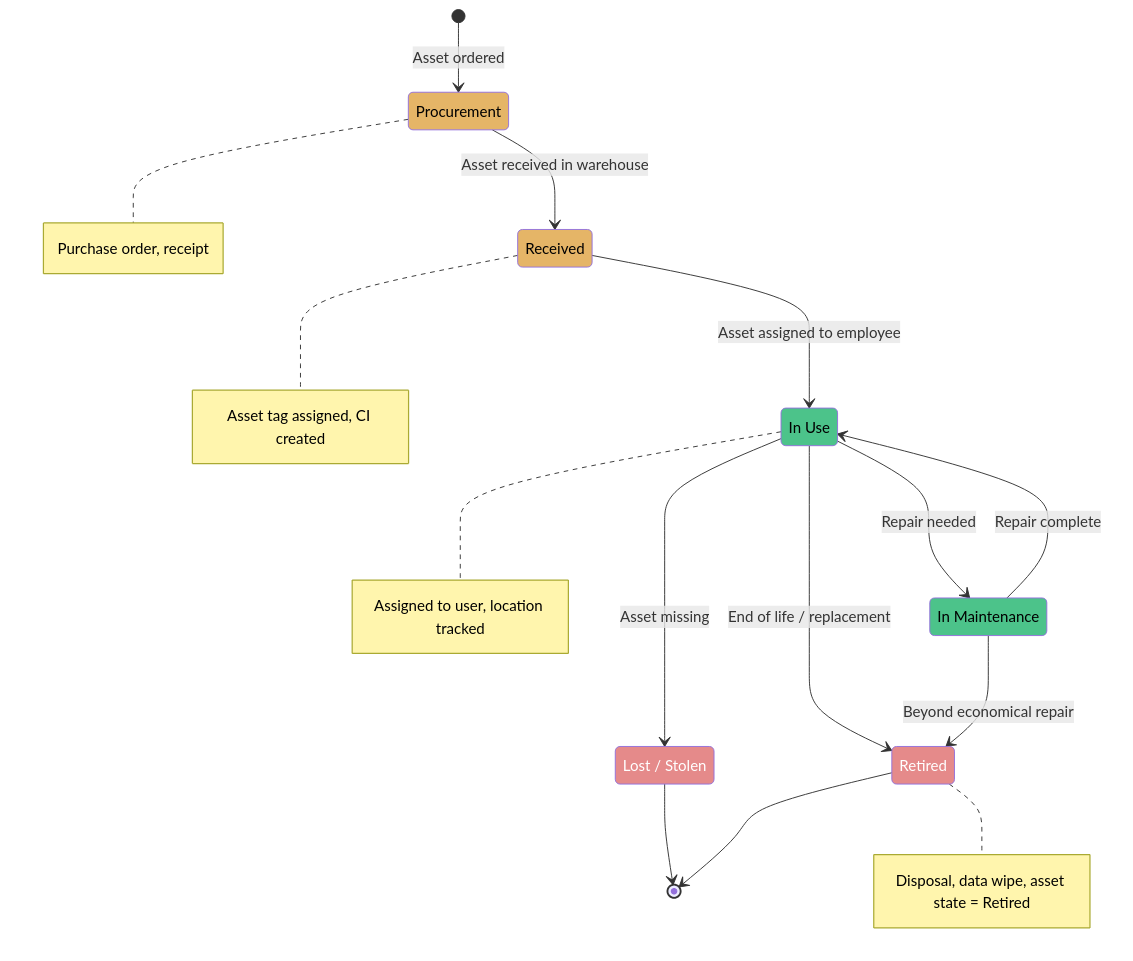
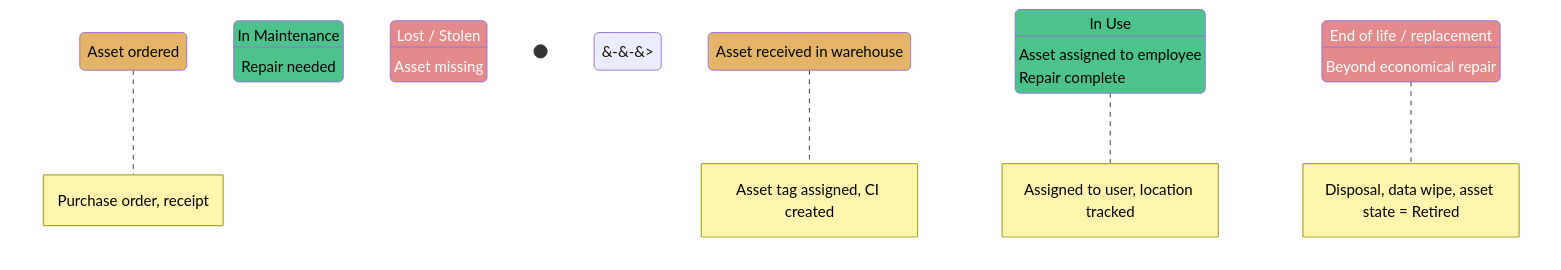
Before and after one commit to eltonaguiar/ServiceNow_Learning_TSOM-_CSM_FSM_SalesCRM_HAM_ITSM: the first of 7 diagrams in docs/modules/ham/ham-guide.md, drawn with Mermaid. The commit also changed other lines of this file and 17 other files, not shown here.

First line of the commit message:
Fix mermaid arrows: replace --> with &#45;&#45;&#62; in all mermaid blocks

````diff
--- a/docs/modules/ham/ham-guide.md
+++ b/docs/modules/ham/ham-guide.md
@@ -93,29 +93,29 @@
 ```mermaid
 stateDiagram-v2
     state "In Use" as InUse
     state "In Maintenance" as InMaintenance
     state "Lost / Stolen" as LostStolen
 
-    [*] --> Procurement : Asset ordered
-    Procurement --> Received : Asset received in warehouse
-    Received --> InUse : Asset assigned to employee
-    InUse --> InMaintenance : Repair needed
-    InMaintenance --> InUse : Repair complete
-    InUse --> Retired : End of life / replacement
-    InUse --> LostStolen : Asset missing
-    LostStolen --> [*]
-    Retired --> [*]
-    InMaintenance --> Retired : Beyond economical repair
+    [*] &#45;&#45;&#62; Procurement : Asset ordered
+    Procurement &#45;&#45;&#62; Received : Asset received in warehouse
+    Received &#45;&#45;&#62; InUse : Asset assigned to employee
+    InUse &#45;&#45;&#62; InMaintenance : Repair needed
+    InMaintenance &#45;&#45;&#62; InUse : Repair complete
+    InUse &#45;&#45;&#62; Retired : End of life / replacement
+    InUse &#45;&#45;&#62; LostStolen : Asset missing
+    LostStolen &#45;&#45;&#62; [*]
+    Retired &#45;&#45;&#62; [*]
+    InMaintenance &#45;&#45;&#62; Retired : Beyond economical repair
 
     note right of Procurement: Purchase order, receipt
     note right of Received: Asset tag assigned, CI created
     note right of InUse: Assigned to user, location tracked
     note right of Retired: Disposal, data wipe, asset state = Retired
 
     classDef proc fill:#e5b567,color:#000
     classDef live fill:#4cc38a,color:#000
     classDef gone fill:#e58a8a,color:#fff
     class Procurement,Received proc
     class InUse,InMaintenance live
     class Retired,LostStolen gone
 ```
````
